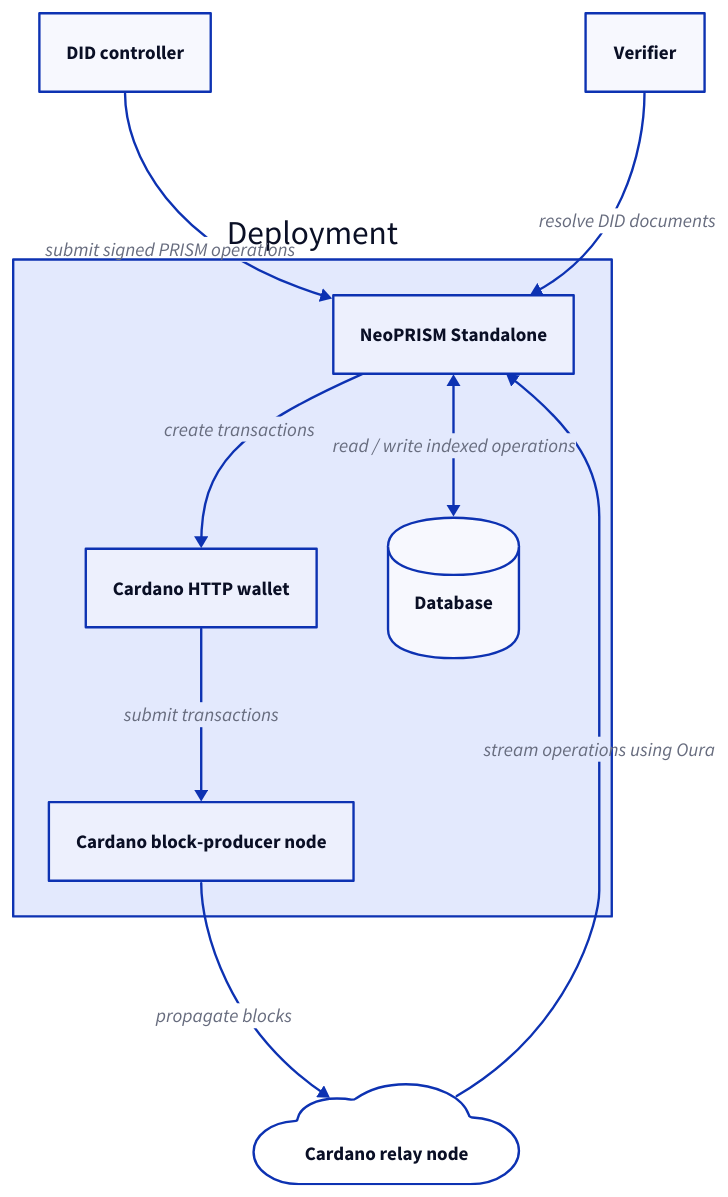
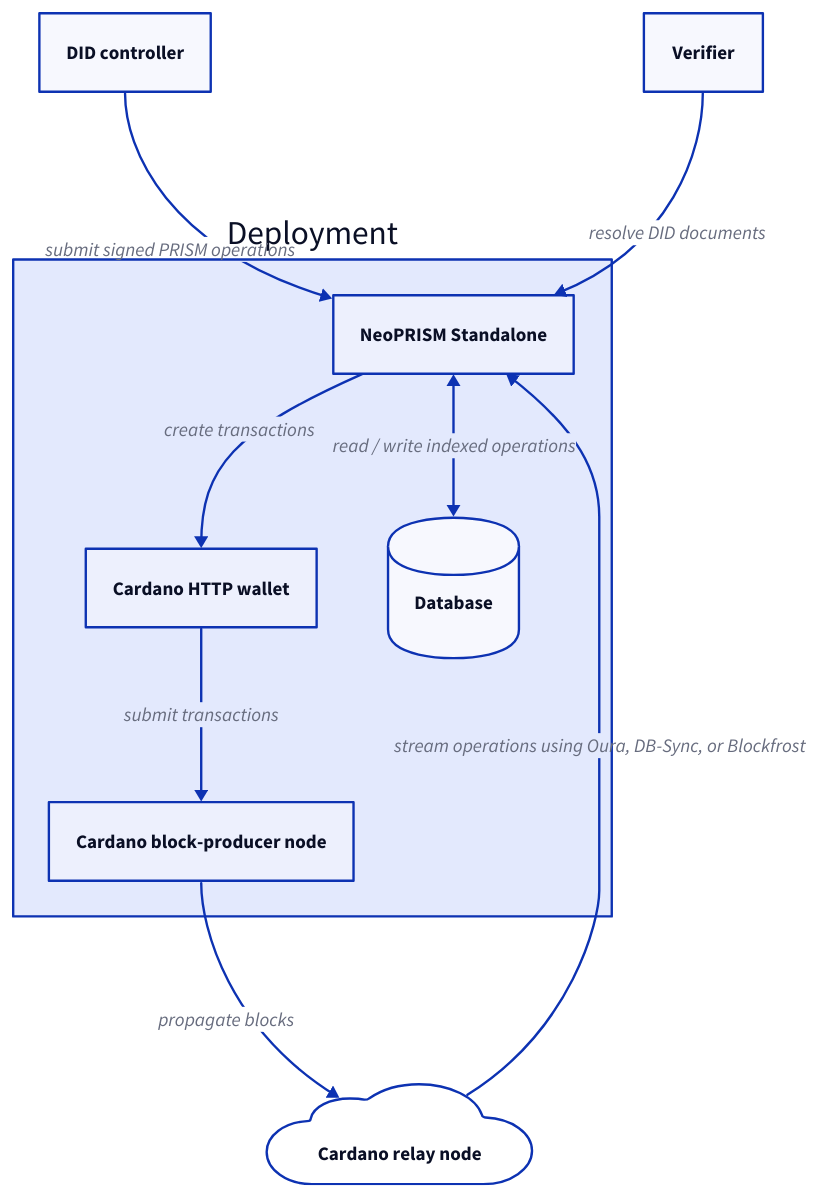
Before and after one commit to hyperledger-identus/neoprism: the first of 2 diagrams in docs/src/architecture/README.md, drawn with D2. The commit also changed other lines of this file and 5 other files, not shown here.

````diff
--- a/docs/src/architecture/README.md
+++ b/docs/src/architecture/README.md
@@ -20,25 +20,25 @@
 ```d2
 did-controller: "DID controller"
 verifier: "Verifier"
 cardano-node: "Cardano relay node" {
   shape: cloud
 }
 
 internal: "Deployment" {
   neoprism: "NeoPRISM Standalone"
   cardano-wallet: "Cardano HTTP wallet"
   cardano-blockproducer: "Cardano block-producer node"
   db: "Database" {
     shape: cylinder
   }
 
   neoprism -> cardano-wallet: create transactions
   neoprism <-> db: read / write indexed operations
   cardano-wallet -> cardano-blockproducer: submit transactions
 }
 
-internal.neoprism <- cardano-node: stream operations using Oura
+internal.neoprism <- cardano-node: stream operations using Oura, DB-Sync, or Blockfrost
 did-controller -> internal.neoprism: submit signed PRISM operations
 verifier -> internal.neoprism: resolve DID documents
 internal.cardano-blockproducer -> cardano-node: propagate blocks
 ```
````
